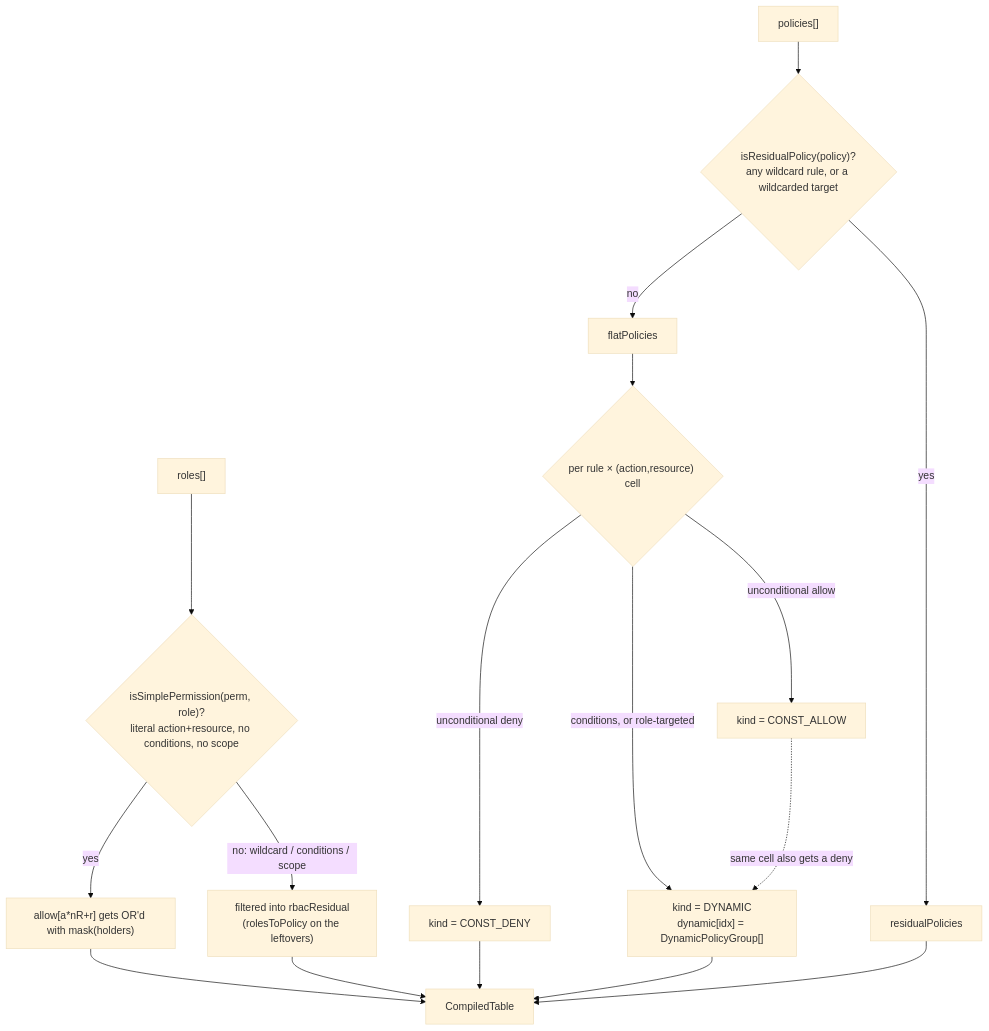
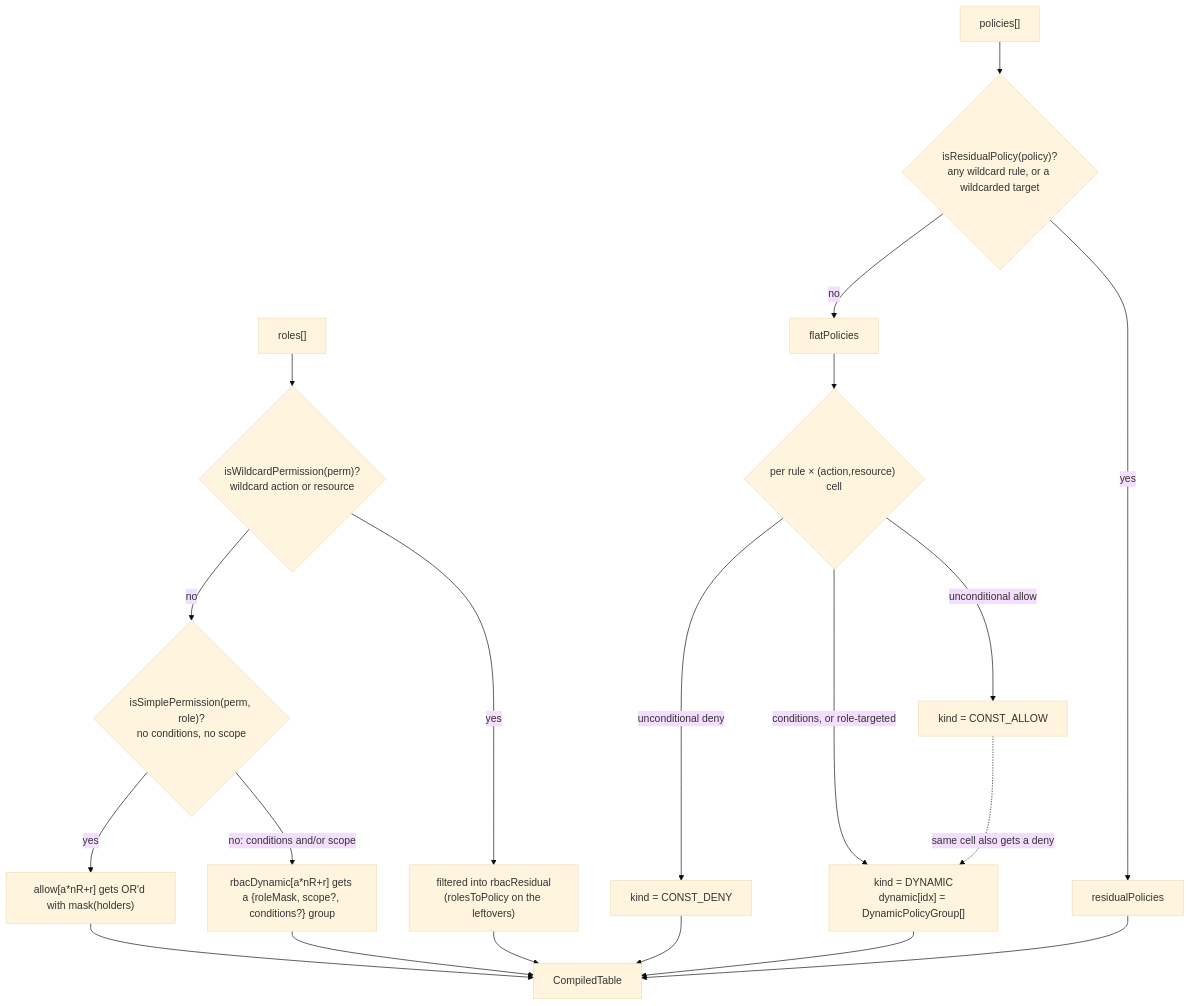
One commit to gentleeduck/duck-iam changed the second of 6 diagrams in packages/duck-iam/docs/compiled-engine-explained.md. Above: the diagram before and after it, drawn with Mermaid (base theme). The commit also changed other lines of this file and 8 other files, not shown here.

First line of the commit message:
feat(iam): fast-path scoped/conditioned RBAC permissions (rbacDynamic)

````diff
--- a/packages/duck-iam/docs/compiled-engine-explained.md
+++ b/packages/duck-iam/docs/compiled-engine-explained.md
@@ -46,22 +46,25 @@
 ```mermaid
 flowchart TD
-    R["roles[]"] --> RP{"isSimplePermission(perm, role)?<br/>literal action+resource, no conditions, no scope"}
+    R["roles[]"] --> RW{"isWildcardPermission(perm)?<br/>wildcard action or resource"}
+    RW -->|yes| FILT["filtered into rbacResidual<br/>(rolesToPolicy on the leftovers)"]
+    RW -->|no| RP{"isSimplePermission(perm, role)?<br/>no conditions, no scope"}
     RP -->|yes| BAKE["allow[a*nR+r] gets OR'd with mask(holders)"]
-    RP -->|no: wildcard / conditions / scope| FILT["filtered into rbacResidual<br/>(rolesToPolicy on the leftovers)"]
+    RP -->|no: conditions and/or scope| RDYN["rbacDynamic[a*nR+r] gets a {roleMask, scope?, conditions?} group"]
 
     P["policies[]"] --> PC{"isResidualPolicy(policy)?<br/>any wildcard rule, or a wildcarded target"}
     PC -->|no| FLAT["flatPolicies"]
     PC -->|yes| RESID["residualPolicies"]
 
     FLAT --> CELL{"per rule × (action,resource) cell"}
     CELL -->|conditions, or role-targeted| DYN["kind = DYNAMIC<br/>dynamic[idx] = DynamicPolicyGroup[]"]
     CELL -->|unconditional allow| CA["kind = CONST_ALLOW"]
     CELL -->|unconditional deny| CD["kind = CONST_DENY"]
     CA -. "same cell also gets a deny" .-> DYN
 
     BAKE --> TABLE["CompiledTable"]
+    RDYN --> TABLE
     FILT --> TABLE
     CD --> TABLE
     DYN --> TABLE
     RESID --> TABLE
 ```
````
